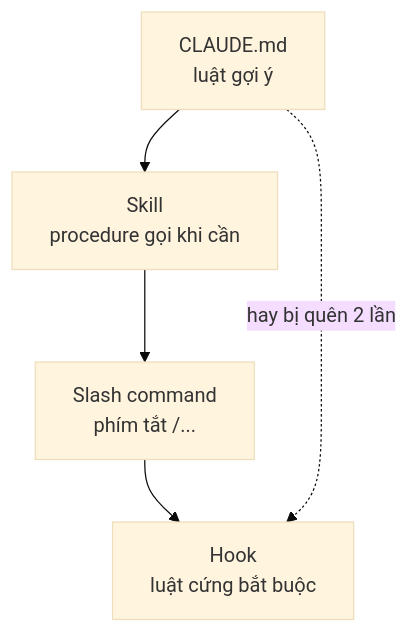
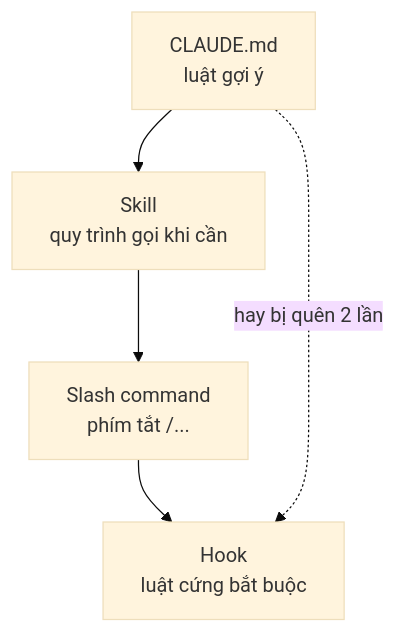
One commit to nbhson/tutorial-claude-code changed the diagram in 03-cau-hoi-thuong-gap/06-skills-commands-claude-md.md. Above: the diagram before and after it, drawn with Mermaid (base theme). The commit also changed other lines of this file and 127 other files, not shown here.

````diff
--- a/03-cau-hoi-thuong-gap/06-skills-commands-claude-md.md
+++ b/03-cau-hoi-thuong-gap/06-skills-commands-claude-md.md
@@ -11,7 +49,7 @@
 ```mermaid
 flowchart TD
-  A[CLAUDE.md<br/>luật gợi ý] --> S[Skill<br/>procedure gọi khi cần]
+  A[CLAUDE.md<br/>luật gợi ý] --> S[Skill<br/>quy trình gọi khi cần]
   S --> C[Slash command<br/>phím tắt /...]
   C --> H[Hook<br/>luật cứng bắt buộc]
   A -.->|hay bị quên 2 lần| H
 ```
````
